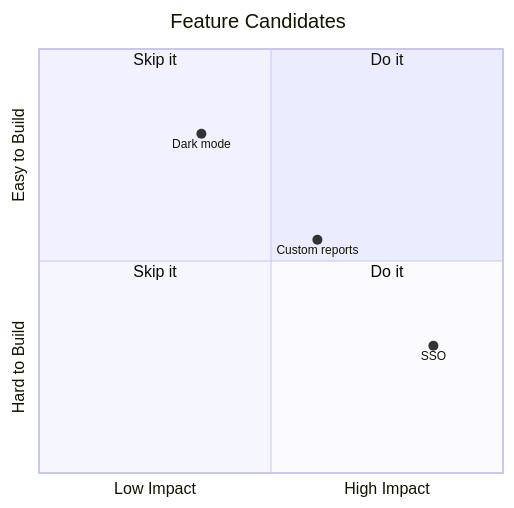
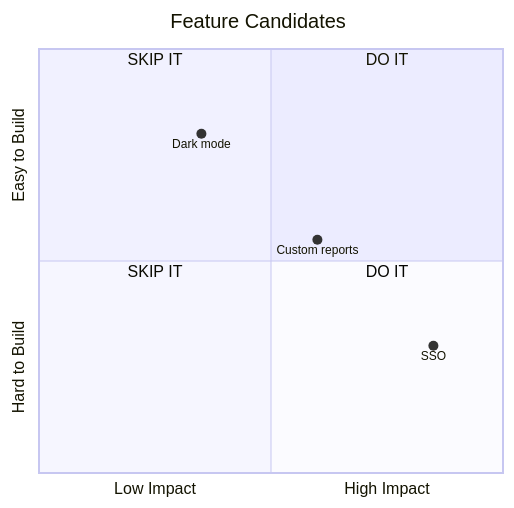
One commit to MacHu-GWU/shsk_mermaid_styles-project changed the third of 4 diagrams in .claude/skills/mermaid-styles/skills/explainer-diagrams/ref/patterns/quadrant.md. Above: the diagram before and after it, drawn with Mermaid. The commit also changed other lines of this file, not shown here.

````diff
--- a/.claude/skills/mermaid-styles/skills/explainer-diagrams/ref/patterns/quadrant.md
+++ b/.claude/skills/mermaid-styles/skills/explainer-diagrams/ref/patterns/quadrant.md
@@ -232,13 +246,14 @@
 ```mermaid
+%%{init: {"quadrantChart": {"xAxisPosition": "bottom"}}}%%
 quadrantChart
     title Feature Candidates
     x-axis Low Impact --> High Impact
     y-axis Hard to Build --> Easy to Build
-    quadrant-1 Do it
-    quadrant-2 Skip it
-    quadrant-3 Skip it
-    quadrant-4 Do it
+    quadrant-1 DO IT
+    quadrant-2 SKIP IT
+    quadrant-3 SKIP IT
+    quadrant-4 DO IT
     Dark mode: [0.35, 0.8]
     SSO: [0.85, 0.3]
     Custom reports: [0.6, 0.55]
 ```
````
